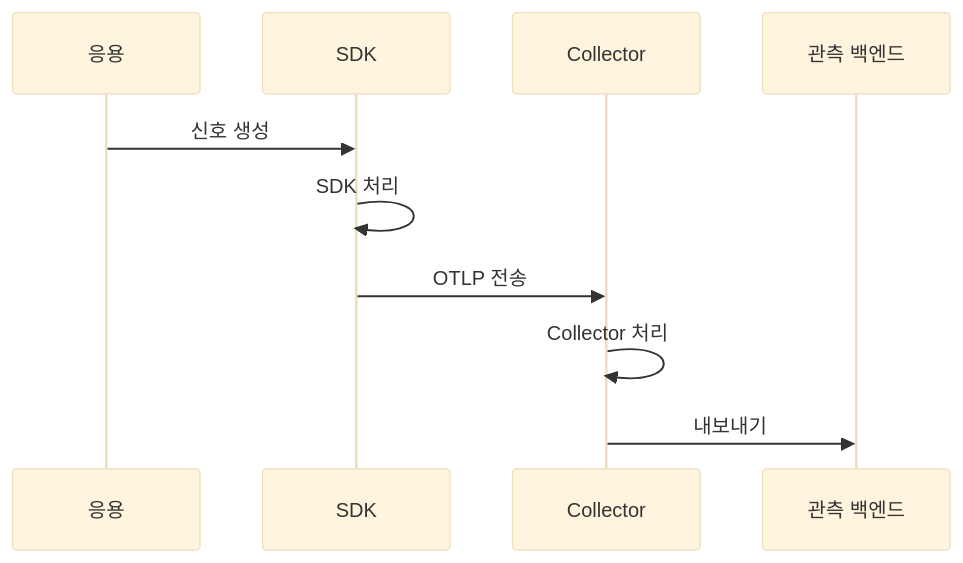
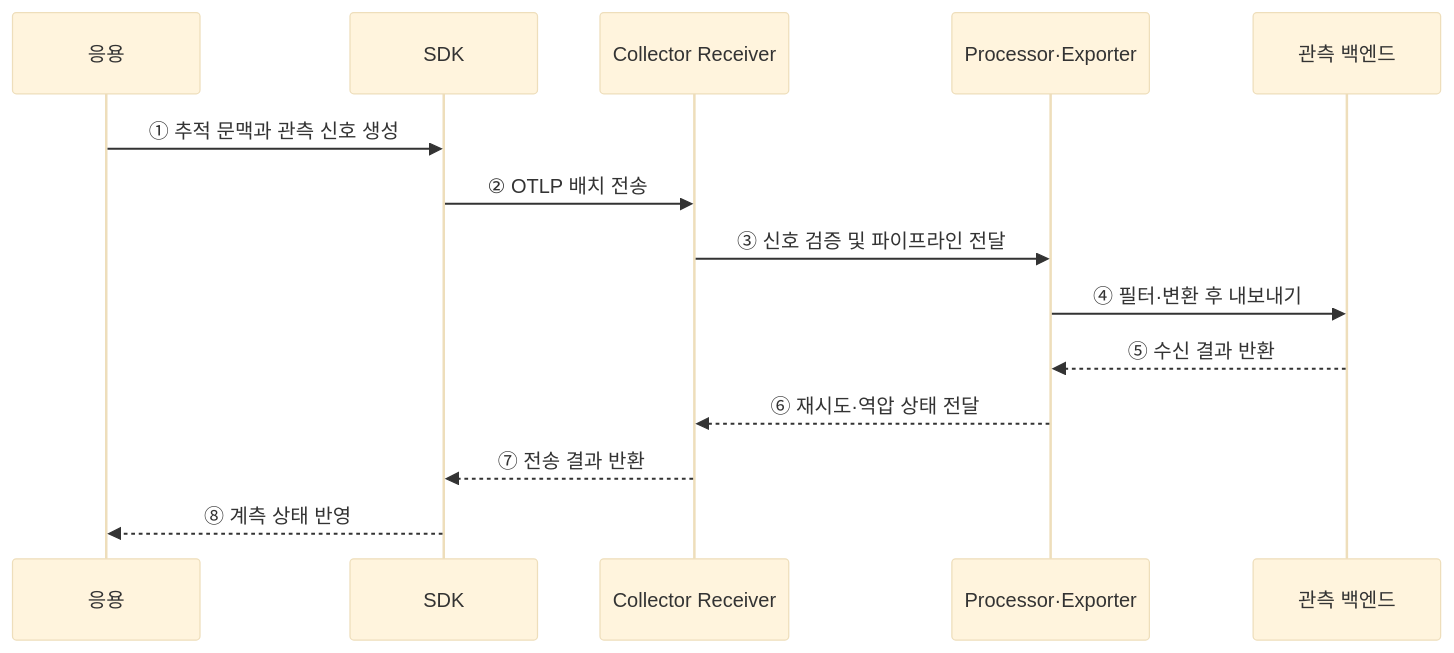
Before and after one commit to agnusdei1207/knowledge-base: the second of 2 diagrams in src/content/docs/notes/03-software/162_opentelemetry.md, drawn with Mermaid (base theme). The commit also changed other lines of this file and 20 other files, not shown here.

````diff
--- a/src/content/docs/notes/03-software/162_opentelemetry.md
+++ b/src/content/docs/notes/03-software/162_opentelemetry.md
@@ -74,12 +67,16 @@
 ```mermaid
 sequenceDiagram
     participant A as 응용
     participant S as SDK
-    participant C as Collector
+    participant R as Collector Receiver
+    participant P as Processor·Exporter
     participant B as 관측 백엔드
-    A->>S: 신호 생성
-    S->>S: SDK 처리
-    S->>C: OTLP 전송
-    C->>C: Collector 처리
-    C->>B: 내보내기
+    A->>S: ① 추적 문맥과 관측 신호 생성
+    S->>R: ② OTLP 배치 전송
+    R->>P: ③ 신호 검증 및 파이프라인 전달
+    P->>B: ④ 필터·변환 후 내보내기
+    B-->>P: ⑤ 수신 결과 반환
+    P-->>R: ⑥ 재시도·역압 상태 전달
+    R-->>S: ⑦ 전송 결과 반환
+    S-->>A: ⑧ 계측 상태 반영
 ```
````
